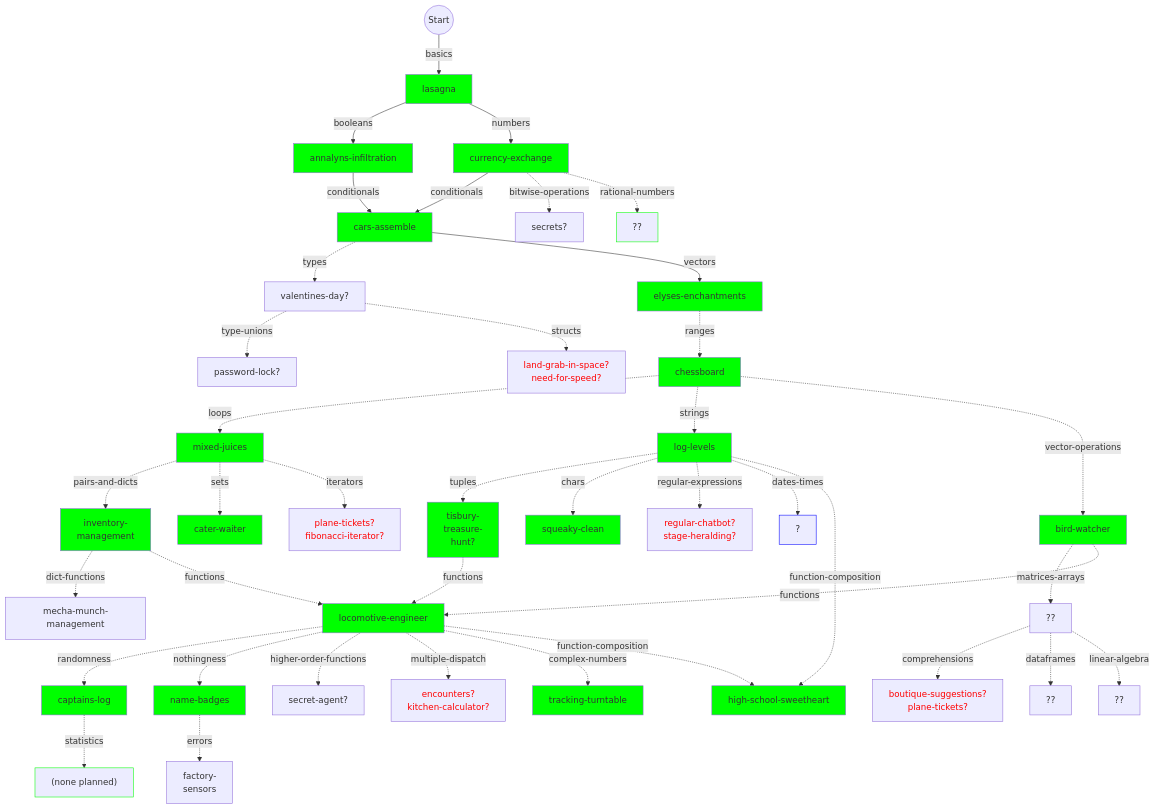
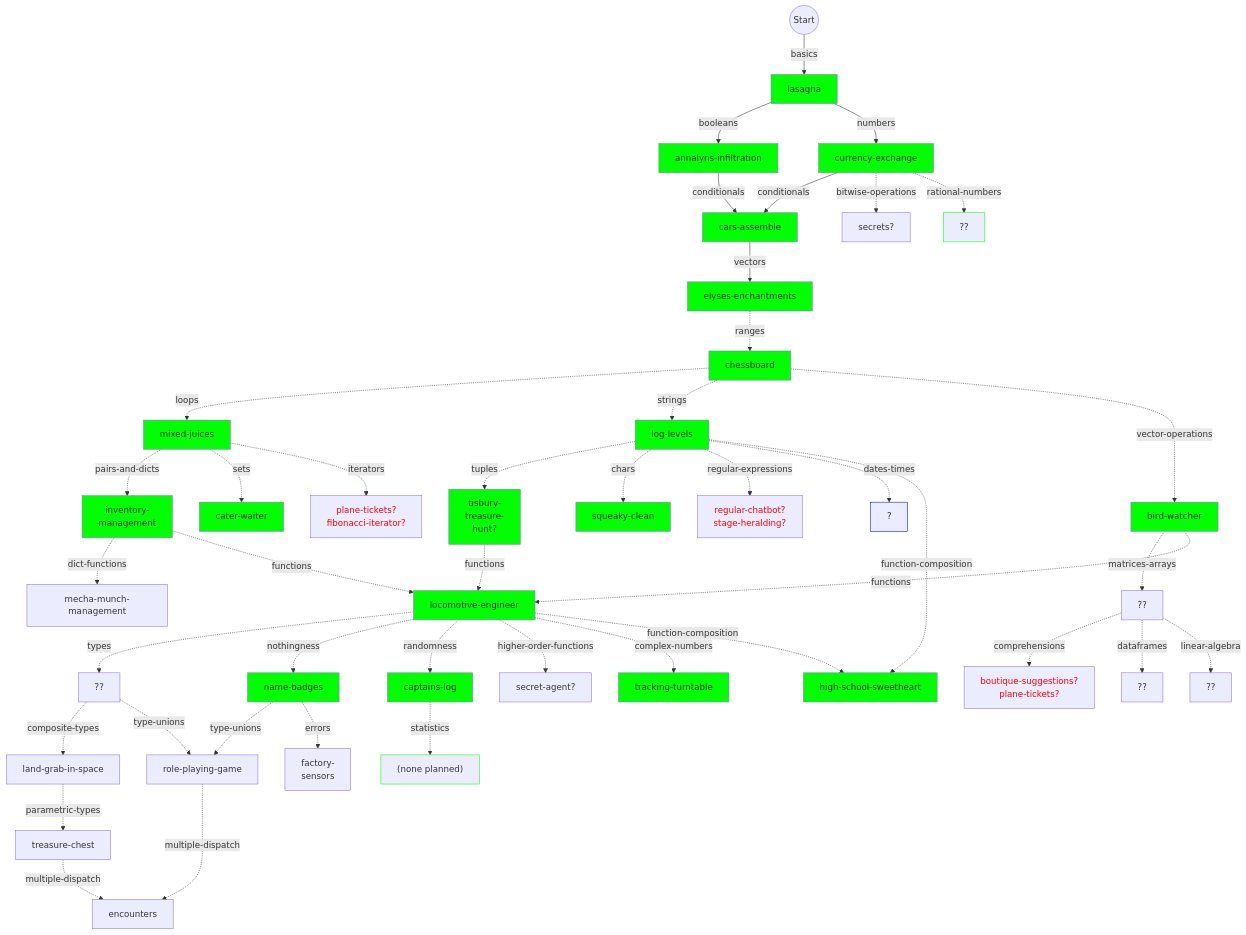
Before and after one commit to colinleach/learning-track-doodles: the diagram in julia/flowchart.md, drawn with Mermaid.

Commit message:
fixed types section

```diff
--- a/julia/flowchart.md
+++ b/julia/flowchart.md
@@ -20,14 +20,20 @@
 basics --numbers--> numbers["currency-exchange"]
 style numbers fill:#0f0
 
-conditionals -.types.-> types["valentines-day?"]
+functions -.types.-> types["??"]
 %% style types stroke:#0f0 
 
-types -.type-unions.-> type-unions["password-lock?"]
+types -.composite-types.-> composite-types["land-grab-in-space"]
+%% style composite-types  color:#f00
+
+types -.type-unions.-> type-unions["role-playing-game"]
 %% style type-unions fill:#0f0
 
-types -.structs.-> structs["land-grab-in-space?<br/>need-for-speed?"]
-style structs  color:#f00
+nothingness -.type-unions.-> type-unions["role-playing-game"]
+%% style type-unions fill:#0f0
+
+composite-types -.parametric-types.-> parametric-types["treasure-chest"]
+%% style parametric-types  color:#f00
 
 booleans --conditionals--> conditionals["cars-assemble"]
 style conditionals fill:#0f0
@@ -53,6 +59,9 @@
 matrices-arrays -.comprehensions.-> comprehensions["boutique-suggestions?<br/>plane-tickets?"]
 style comprehensions color:#f00
 
+functions -.nothingness.-> nothingness["name-badges"]
+style nothingness fill:#0f0
+
 functions -.randomness.-> randomness["captains-log"]
 style randomness fill:#0f0
 
@@ -67,9 +76,6 @@
 
 loops -.sets.-> sets["cater-waiter"]
 style sets fill:#0f0
-
-functions -.nothingness.-> nothingness["name-badges"]
-style nothingness fill:#0f0
 
 strings -.chars.-> chars["squeaky-clean"]
 style chars fill:#0f0
@@ -108,8 +114,11 @@
 functions -.higher-order-functions.-> higher-order-functions["secret-agent?"]
 %% style higher-order-functions fill:#f00,color:#fff
 
-functions -.multiple-dispatch.-> multiple-dispatch["encounters?<br/>kitchen-calculator?"]
-style multiple-dispatch color:#f00
+type-unions -.multiple-dispatch.-> multiple-dispatch["encounters"]
+%% style multiple-dispatch color:#f00
+
+parametric-types -.multiple-dispatch.-> multiple-dispatch["encounters"]
+%% style multiple-dispatch color:#f00
 
 functions -.complex-numbers.-> complex-numbers["tracking-turntable"]
 style complex-numbers fill:#0f0
```
